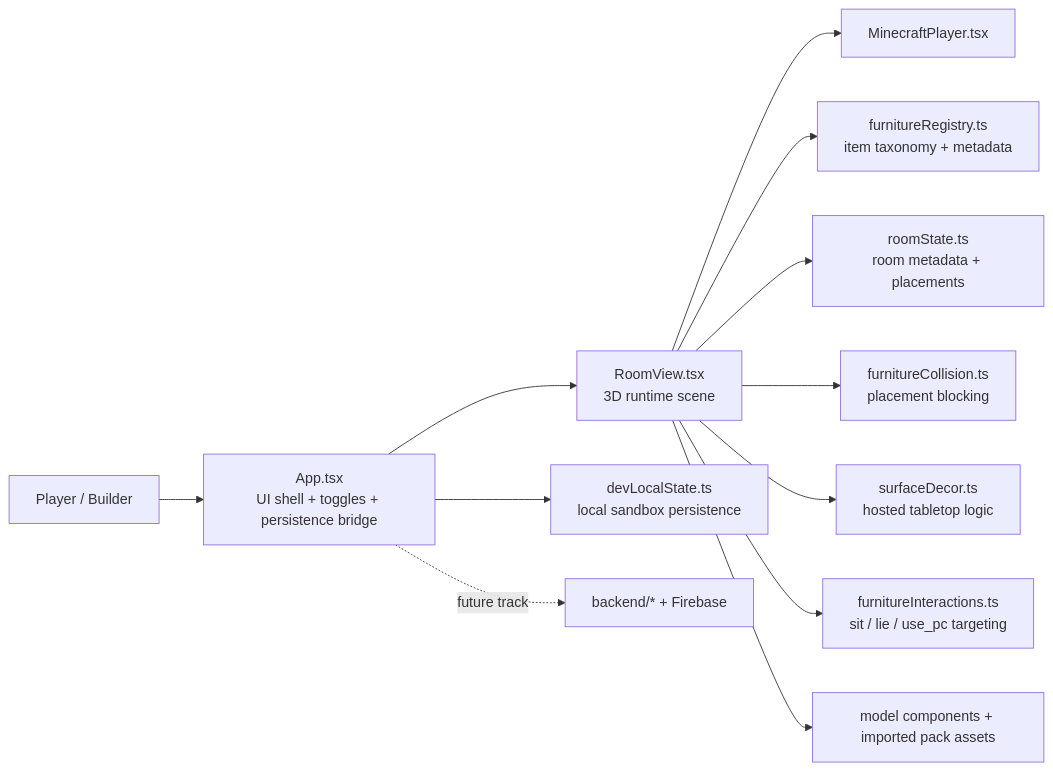
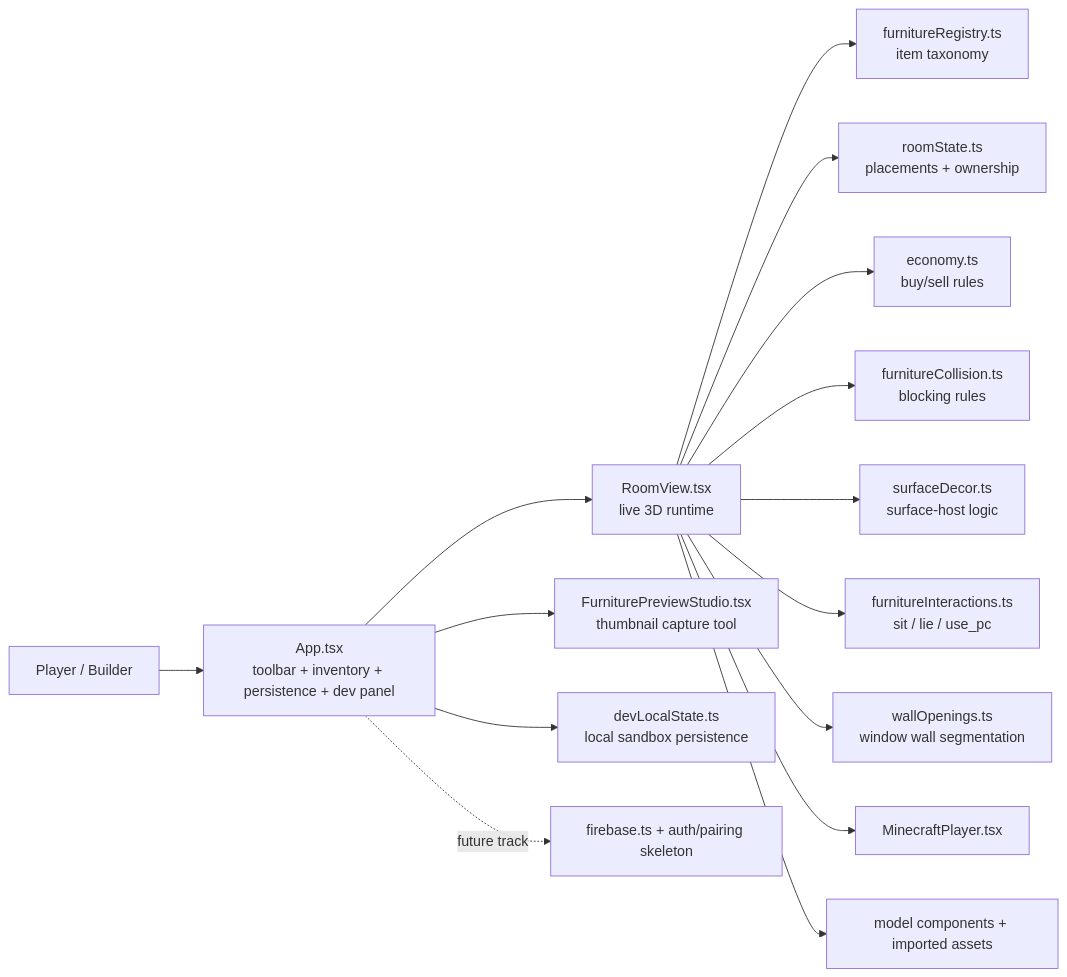
The first of 6 diagrams in docs/DIAGRAMS.md (Erlavush/FAHHH), drawn with Mermaid before and after one commit. The commit also changed other lines of this file and 16 other files, not shown here.

````diff
--- a/docs/DIAGRAMS.md
+++ b/docs/DIAGRAMS.md
@@ -6,15 +5,19 @@
 ```mermaid
 flowchart LR
-  Player["Player / Builder"] --> App["App.tsx<br/>UI shell + toggles + persistence bridge"]
-  App --> Room["RoomView.tsx<br/>3D runtime scene"]
+  Player["Player / Builder"] --> App["App.tsx<br/>toolbar + inventory + persistence + dev panel"]
+  App --> Room["RoomView.tsx<br/>live 3D runtime"]
+  App --> Preview["FurniturePreviewStudio.tsx<br/>thumbnail capture tool"]
   App --> Save["devLocalState.ts<br/>local sandbox persistence"]
-  App -. future track .-> Backend["backend/* + Firebase"]
 
+  Room --> Registry["furnitureRegistry.ts<br/>item taxonomy"]
+  Room --> RoomState["roomState.ts<br/>placements + ownership"]
+  Room --> Economy["economy.ts<br/>buy/sell rules"]
+  Room --> Collision["furnitureCollision.ts<br/>blocking rules"]
+  Room --> Surface["surfaceDecor.ts<br/>surface-host logic"]
+  Room --> Interactions["furnitureInteractions.ts<br/>sit / lie / use_pc"]
+  Room --> Openings["wallOpenings.ts<br/>window wall segmentation"]
   Room --> Avatar["MinecraftPlayer.tsx"]
-  Room --> Registry["furnitureRegistry.ts<br/>item taxonomy + metadata"]
-  Room --> RoomState["roomState.ts<br/>room metadata + placements"]
-  Room --> Collision["furnitureCollision.ts<br/>placement blocking"]
-  Room --> Surface["surfaceDecor.ts<br/>hosted tabletop logic"]
-  Room --> Interactions["furnitureInteractions.ts<br/>sit / lie / use_pc targeting"]
-  Room --> Models["model components + imported pack assets"]
+  Room --> Models["model components + imported assets"]
+
+  App -. future track .-> Firebase["firebase.ts + auth/pairing skeleton"]
 ```
````
